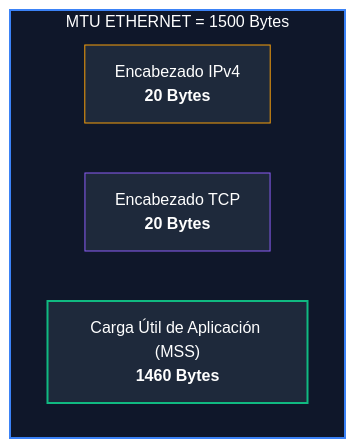
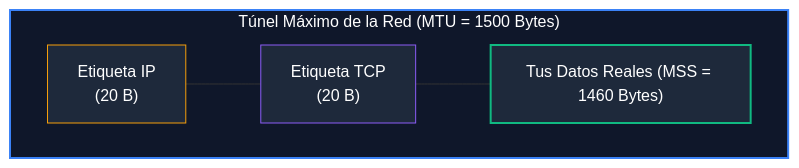
The fourth of 4 diagrams in Teoria/Modulo_1_Capa_Transporte/01_Fundamentos_Capa_Transporte.md (ch4rf/redes-computadoras), drawn with Mermaid before and after one commit. The commit also changed other lines of this file and 14 other files, not shown here.

````diff
--- a/Teoria/Modulo_1_Capa_Transporte/01_Fundamentos_Capa_Transporte.md
+++ b/Teoria/Modulo_1_Capa_Transporte/01_Fundamentos_Capa_Transporte.md
@@ -128,14 +156,12 @@
 ```mermaid
-flowchart TD
-    subgraph MTU_Block ["MTU ETHERNET = 1500 Bytes"]
+flowchart LR
+    subgraph MTU ["Túnel Máximo de la Red (MTU = 1500 Bytes)"]
         direction LR
-        IP_H["Encabezado IPv4<br/><b>20 Bytes</b>"]
-        TCP_H["Encabezado TCP<br/><b>20 Bytes</b>"]
-        MSS_D["Carga Útil de Aplicación (MSS)<br/><b>1460 Bytes</b>"]
+        IP["Etiqueta IP<br/>(20 B)"] --- TCP["Etiqueta TCP<br/>(20 B)"] --- DATOS["Tus Datos Reales (MSS = 1460 Bytes)"]
     end
-    
-    style MTU_Block fill:#0f172a,stroke:#3b82f6,stroke-width:2px,color:#fff
-    style IP_H fill:#1e293b,stroke:#f59e0b,stroke-width:1px,color:#fff
-    style TCP_H fill:#1e293b,stroke:#8b5cf6,stroke-width:1px,color:#fff
-    style MSS_D fill:#1e293b,stroke:#10b981,stroke-width:2px,color:#fff
+
+    style MTU fill:#0f172a,stroke:#3b82f6,stroke-width:2px,color:#fff
+    style IP fill:#1e293b,stroke:#f59e0b,stroke-width:1px,color:#fff
+    style TCP fill:#1e293b,stroke:#8b5cf6,stroke-width:1px,color:#fff
+    style DATOS fill:#1e293b,stroke:#10b981,stroke-width:2px,color:#fff
 ```
````
